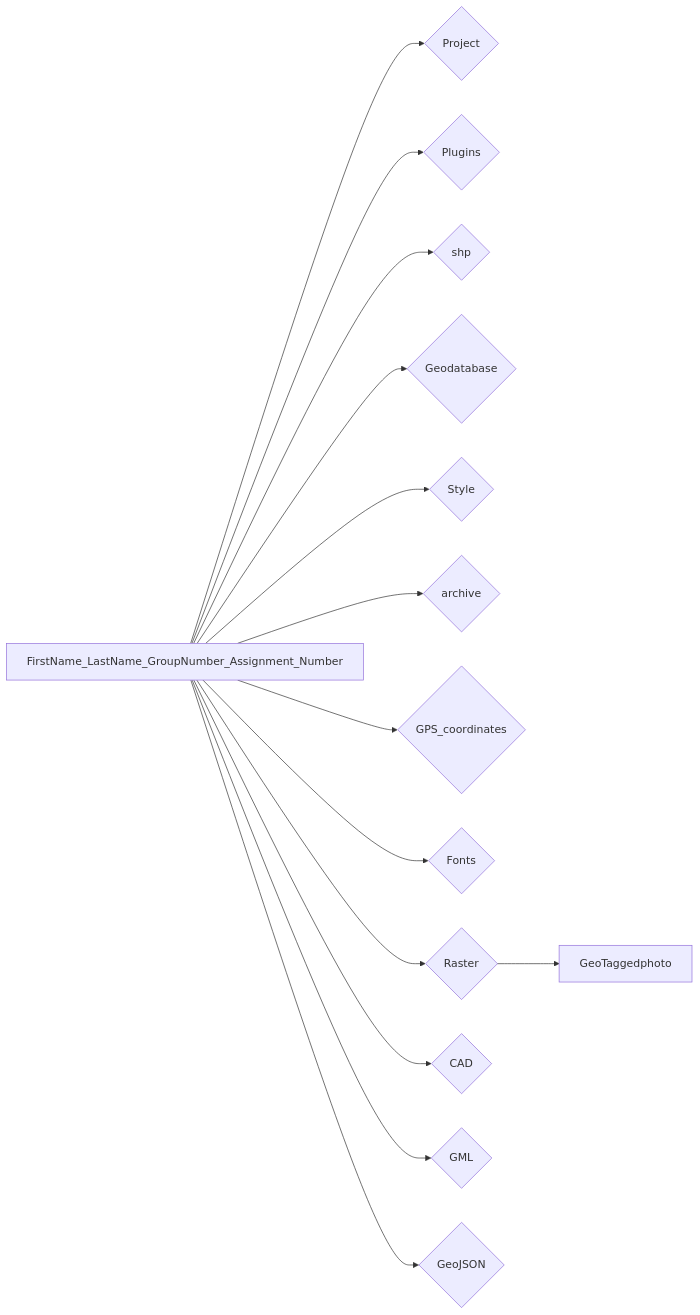
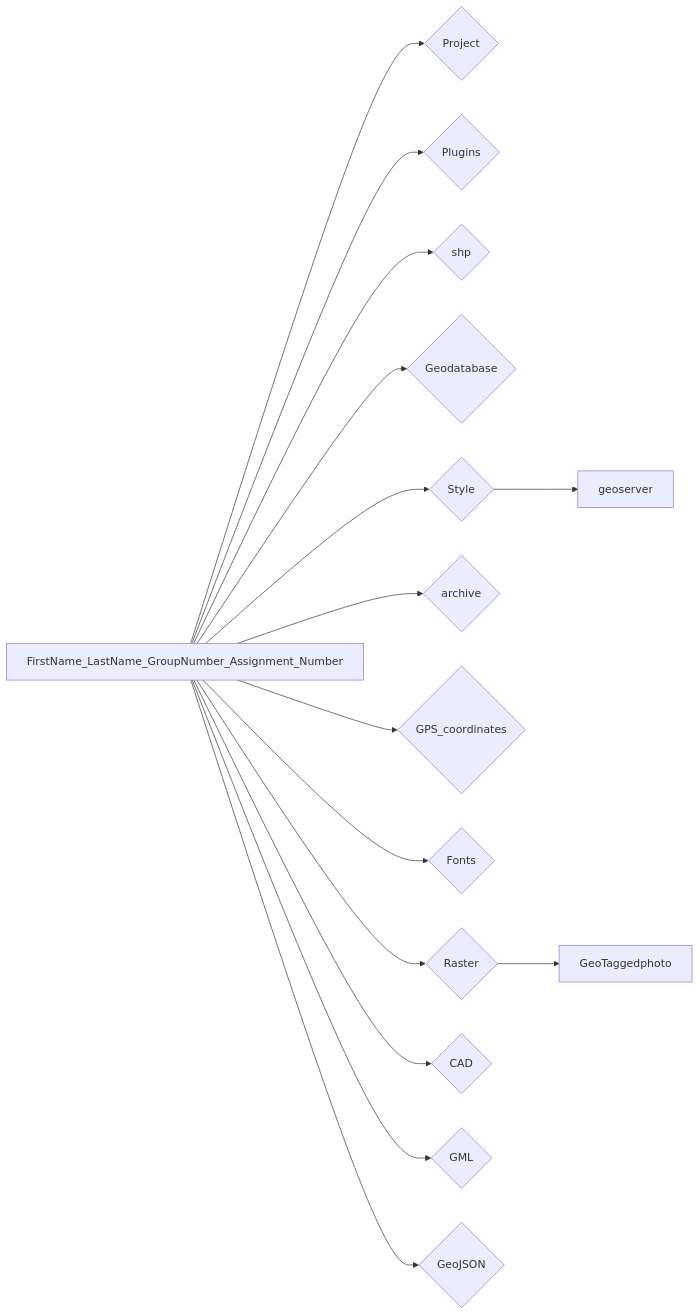
One commit to ezdanapak/GTU-GIS changed the diagram in docs/GIS_SKA/Lab/OGC_WEB.md. Above: the diagram before and after it, drawn with Mermaid. The commit also changed other lines of this file and 2 other files, not shown here.

````diff
--- a/docs/GIS_SKA/Lab/OGC_WEB.md
+++ b/docs/GIS_SKA/Lab/OGC_WEB.md
@@ -83,18 +83,19 @@
 ``` mermaid
 graph LR
   A[FirstName_LastName_GroupNumber_Assignment_Number] --> B{Project};
   A[FirstName_LastName_GroupNumber_Assignment_Number] --> C{Plugins};
   A[FirstName_LastName_GroupNumber_Assignment_Number] --> D{shp};
   A[FirstName_LastName_GroupNumber_Assignment_Number] --> E{Geodatabase};
   A[FirstName_LastName_GroupNumber_Assignment_Number] --> F{Style};
   A[FirstName_LastName_GroupNumber_Assignment_Number] --> G{archive};
   A[FirstName_LastName_GroupNumber_Assignment_Number] --> H{GPS_coordinates};
   A[FirstName_LastName_GroupNumber_Assignment_Number] --> I{Fonts};
   A[FirstName_LastName_GroupNumber_Assignment_Number] --> J{Raster};
   J --> K[GeoTaggedphoto];
   A[FirstName_LastName_GroupNumber_Assignment_Number] --> L{CAD};
   A[FirstName_LastName_GroupNumber_Assignment_Number] --> M{GML};
   A[FirstName_LastName_GroupNumber_Assignment_Number] --> N{GeoJSON};
+  F --> O[geoserver];
 
 
 ```
````
